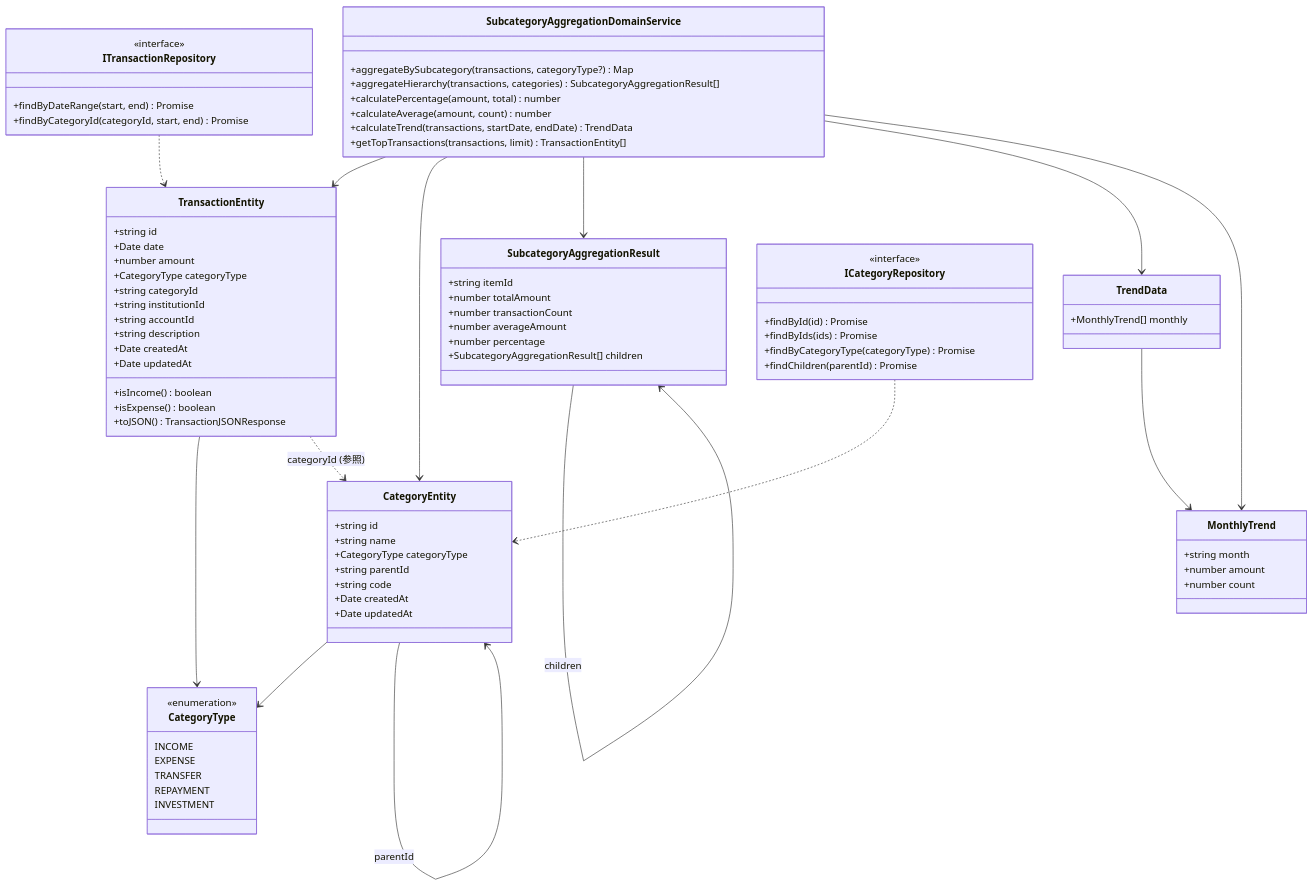
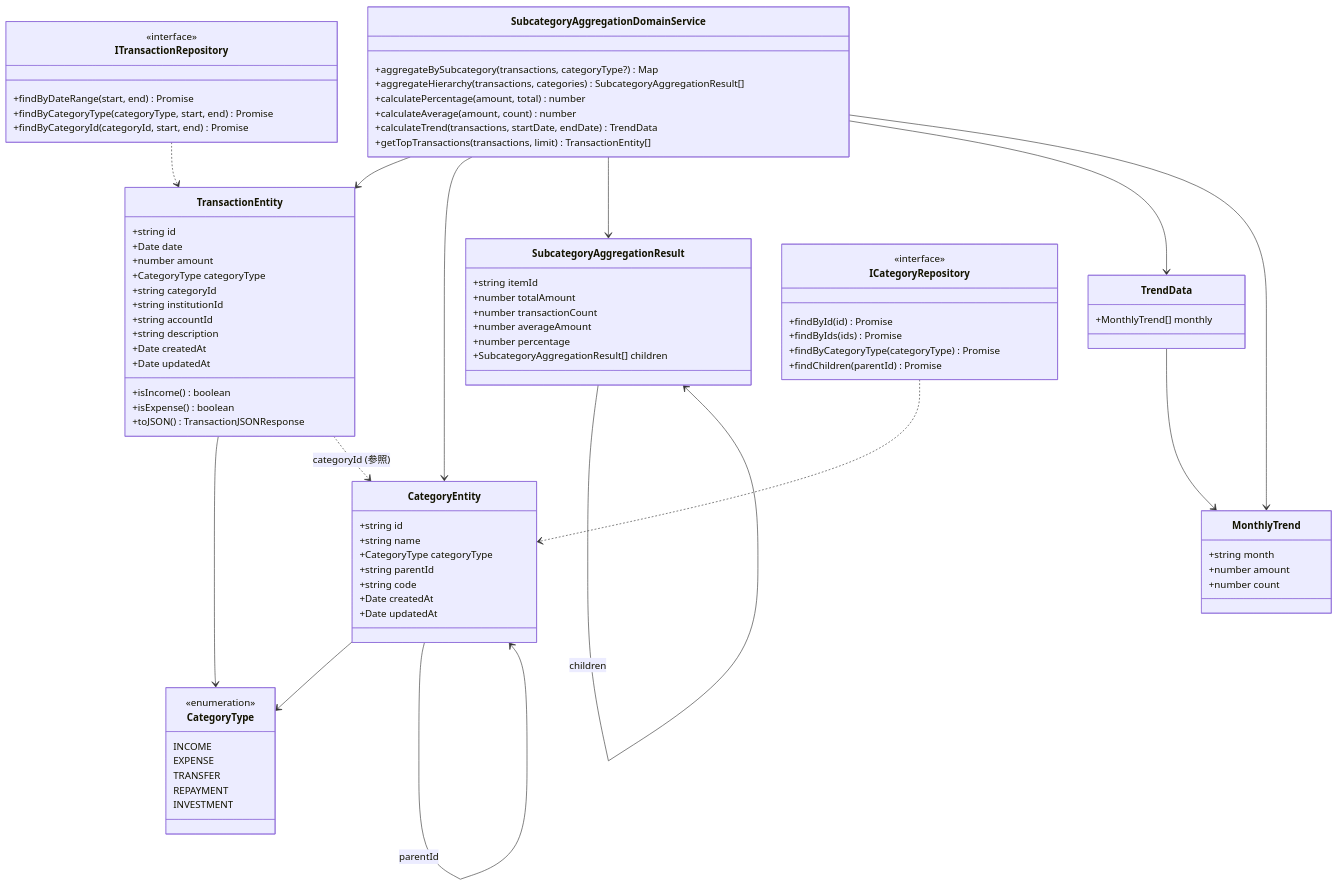
Before and after one commit to kencom2400/account-book: the first of 4 diagrams in docs/detailed-design/FR-019_subcategory-aggregation/class-diagrams.md, drawn with Mermaid. The commit also changed other lines of this file, not shown here.

First line of the commit message:
docs: Gemini指摘対応 - ITransactionRepositoryにfindByCategoryTypeメソッドを追加

```diff
--- a/docs/detailed-design/FR-019_subcategory-aggregation/class-diagrams.md
+++ b/docs/detailed-design/FR-019_subcategory-aggregation/class-diagrams.md
@@ -83,6 +83,7 @@
     class ITransactionRepository {
         <<interface>>
         +findByDateRange(start, end) Promise<TransactionEntity[]>
+        +findByCategoryType(categoryType, start, end) Promise<TransactionEntity[]>
         +findByCategoryId(categoryId, start, end) Promise<TransactionEntity[]>
     }
 
```
